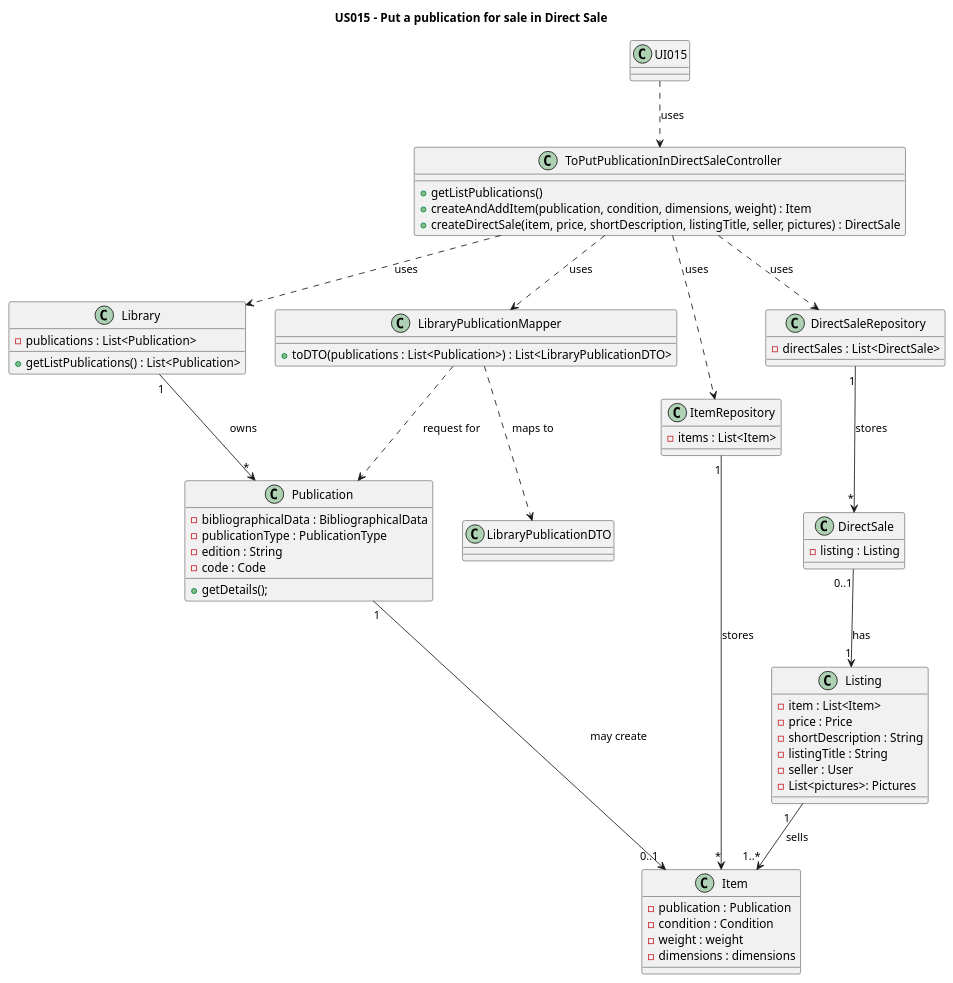
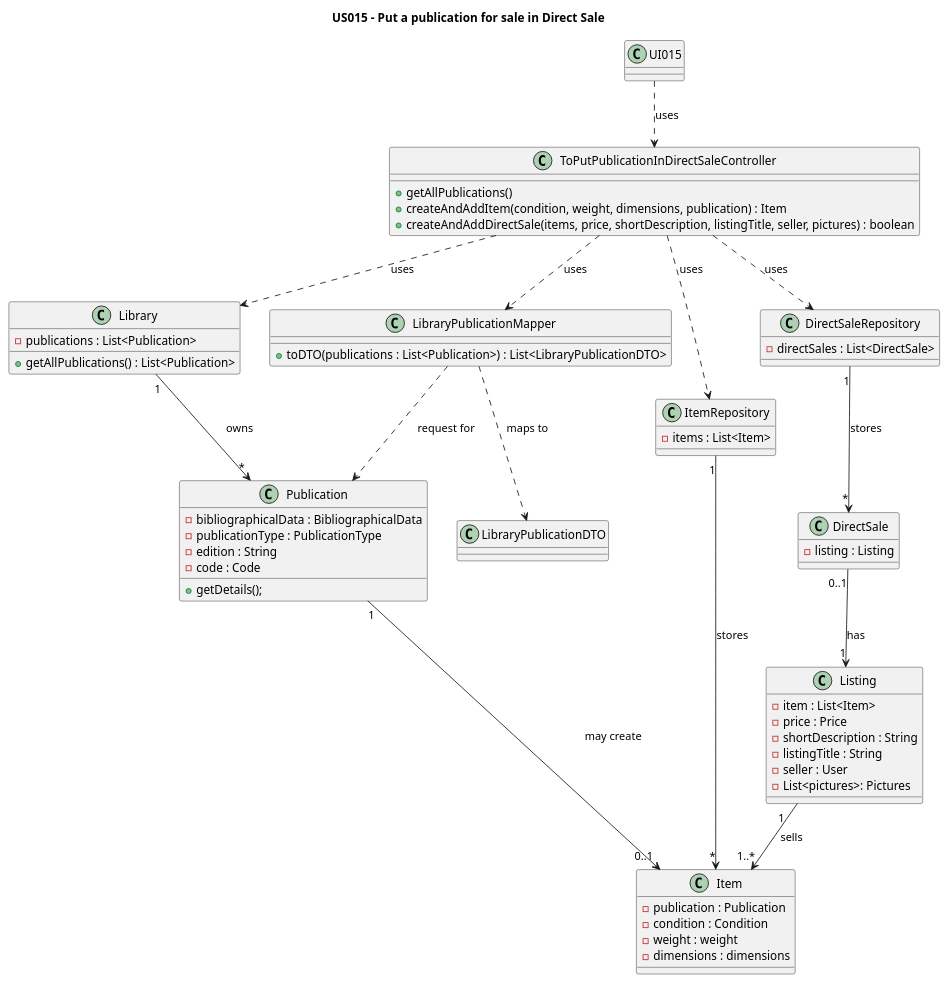
Before and after one commit to AndrePereiraGitH/SWitCH-Project-Team_A: the diagram in Diagrams/ClassDiagrams/US015-to-put-for-sale-a-publication-in-my-library-in-a-Direct-Sale.puml, drawn with PlantUML. The commit also changed 1 other file, not shown here.

```diff
--- a/Diagrams/ClassDiagrams/US015-to-put-for-sale-a-publication-in-my-library-in-a-Direct-Sale.puml
+++ b/Diagrams/ClassDiagrams/US015-to-put-for-sale-a-publication-in-my-library-in-a-Direct-Sale.puml
@@ -1,80 +1,79 @@
 @startuml
 title US015 - Put a publication for sale in Direct Sale
 
 class UI015 {}
 
 class ToPutPublicationInDirectSaleController {
-    + getListPublications()
-    + createAndAddItem(publication, condition, dimensions, weight) : Item
-    + createDirectSale(item, price, shortDescription, listingTitle, seller, pictures) : DirectSale
+    + getAllPublications()
+    + createAndAddItem(condition, weight, dimensions, publication) : Item
+    + createAndAddDirectSale(items, price, shortDescription, listingTitle, seller, pictures) : boolean
 }
 class Library {
     - publications : List<Publication>
-    + getListPublications() : List<Publication>
+    + getAllPublications() : List<Publication>
 }
 
 class Publication {
     - bibliographicalData : BibliographicalData
     - publicationType : PublicationType
     - edition : String
     - code : Code
     +getDetails();
 }
 
 class LibraryPublicationDTO
 
 class LibraryPublicationMapper {
     + toDTO(publications : List<Publication>) : List<LibraryPublicationDTO>
 
 }
 
 class Item {
     - publication : Publication
     - condition : Condition
     - weight : weight
     - dimensions : dimensions
-
 }
 
 class Listing {
     - item : List<Item>
     - price : Price
     - shortDescription : String
     - listingTitle : String
     - seller : User
     - List<pictures>: Pictures
 }
 class DirectSale {
     - listing : Listing
 }
 
 class ItemRepository {
     - items : List<Item>
 }
 
 class DirectSaleRepository {
     - directSales : List<DirectSale>
 }
 
 ' --- UI flow ---
 UI015 -.> ToPutPublicationInDirectSaleController : uses
 
 ' --- Use relationships ---
 ToPutPublicationInDirectSaleController -.> Library : uses
 ToPutPublicationInDirectSaleController -.> LibraryPublicationMapper : uses
 ToPutPublicationInDirectSaleController -.> ItemRepository : uses
 ToPutPublicationInDirectSaleController -.> DirectSaleRepository : uses
 
 ' --- Core domain relationships ---
 Library "1" --> "*" Publication : owns
 Publication "1" -> "0..1" Item : may create
 Listing "1   " --> "1..*" Item : sells
 DirectSale "0..1" --> "1" Listing : has
 
 ItemRepository "1" --> "*" Item : stores
 DirectSaleRepository "1" --> "*" DirectSale : stores
 
 LibraryPublicationMapper -.> Publication : request for
 LibraryPublicationMapper -.> LibraryPublicationDTO : maps to
 
 @enduml
```
